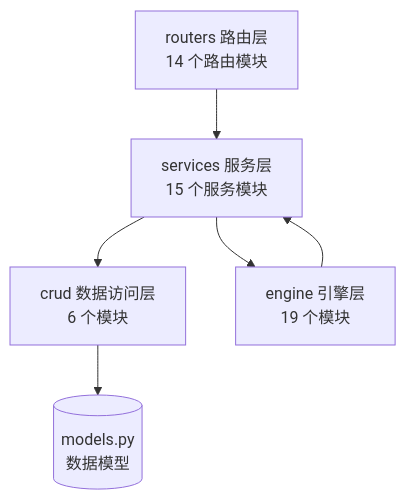
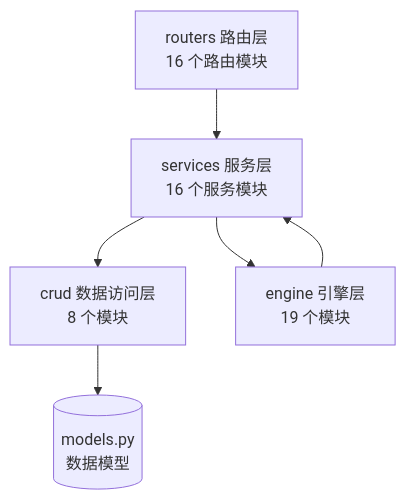
The third of 6 diagrams in docs/SYSTEM_DESIGN.md (zl2237/fin-api-test), drawn with Mermaid before and after one commit. The commit also changed other lines of this file and 7 other files, not shown here.

````diff
--- a/docs/SYSTEM_DESIGN.md
+++ b/docs/SYSTEM_DESIGN.md
@@ -197,8 +197,8 @@
 ```mermaid
 flowchart TB
-    ROUTERS[routers 路由层<br/>14 个路由模块] --> SERVICES[services 服务层<br/>15 个服务模块]
-    SERVICES --> CRUD[crud 数据访问层<br/>6 个模块]
+    ROUTERS[routers 路由层<br/>16 个路由模块] --> SERVICES[services 服务层<br/>16 个服务模块]
+    SERVICES --> CRUD[crud 数据访问层<br/>8 个模块]
     SERVICES --> ENGINE[engine 引擎层<br/>19 个模块]
     CRUD --> MODELS[(models.py<br/>数据模型)]
     ENGINE --> SERVICES
 ```
````
